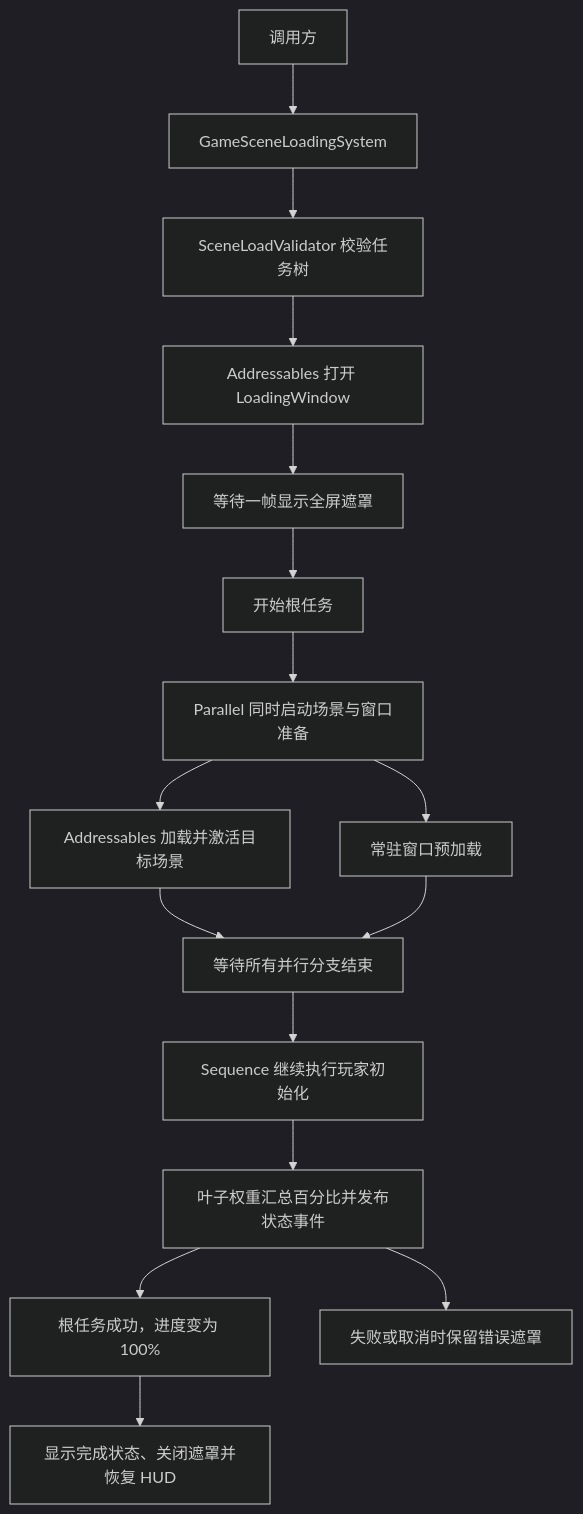
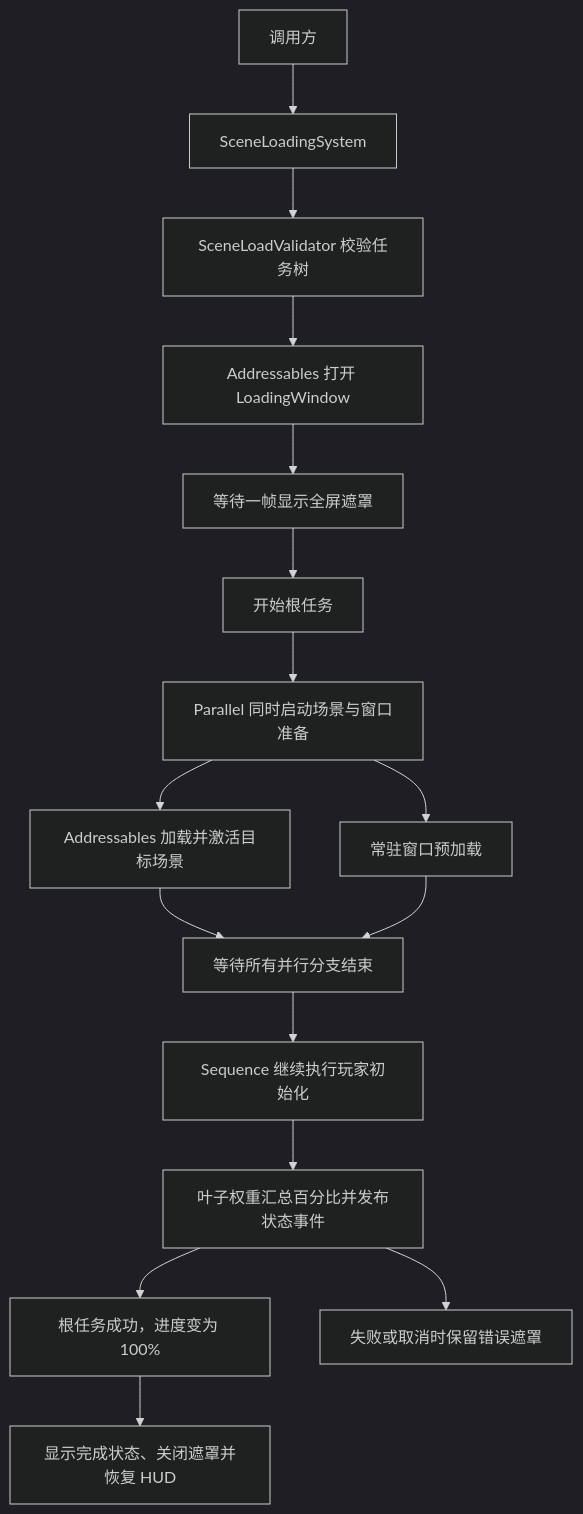
One commit to Whitesheeeep/3DRPG changed the diagram in Assets/Scripts/Game/Runtime/SceneLoading/SceneLoading_README.md. Above: the diagram before and after it, drawn with Mermaid (dark theme). The commit also changed other lines of this file and 65 other files, not shown here.

````diff
--- a/Assets/Scripts/Game/Runtime/SceneLoading/SceneLoading_README.md
+++ b/Assets/Scripts/Game/Runtime/SceneLoading/SceneLoading_README.md
@@ -5,18 +9,18 @@
 ```mermaid
 flowchart TD
-    Caller[调用方] --> System[GameSceneLoadingSystem]
+    Caller[调用方] --> System[SceneLoadingSystem]
     System --> Validate[SceneLoadValidator 校验任务树]
     Validate --> Window[Addressables 打开 LoadingWindow]
     Window --> Draw[等待一帧显示全屏遮罩]
     Draw --> Tree[开始根任务]
     Tree --> Parallel[Parallel 同时启动场景与窗口准备]
     Parallel --> Scene[Addressables 加载并激活目标场景]
     Parallel --> Preload[常驻窗口预加载]
     Scene --> Join[等待所有并行分支结束]
     Preload --> Join
     Join --> Player[Sequence 继续执行玩家初始化]
     Player --> Progress[叶子权重汇总百分比并发布状态事件]
     Progress --> Complete[根任务成功，进度变为 100%]
     Complete --> HUD[显示完成状态、关闭遮罩并恢复 HUD]
     Progress --> Failure[失败或取消时保留错误遮罩]
 ```
````
